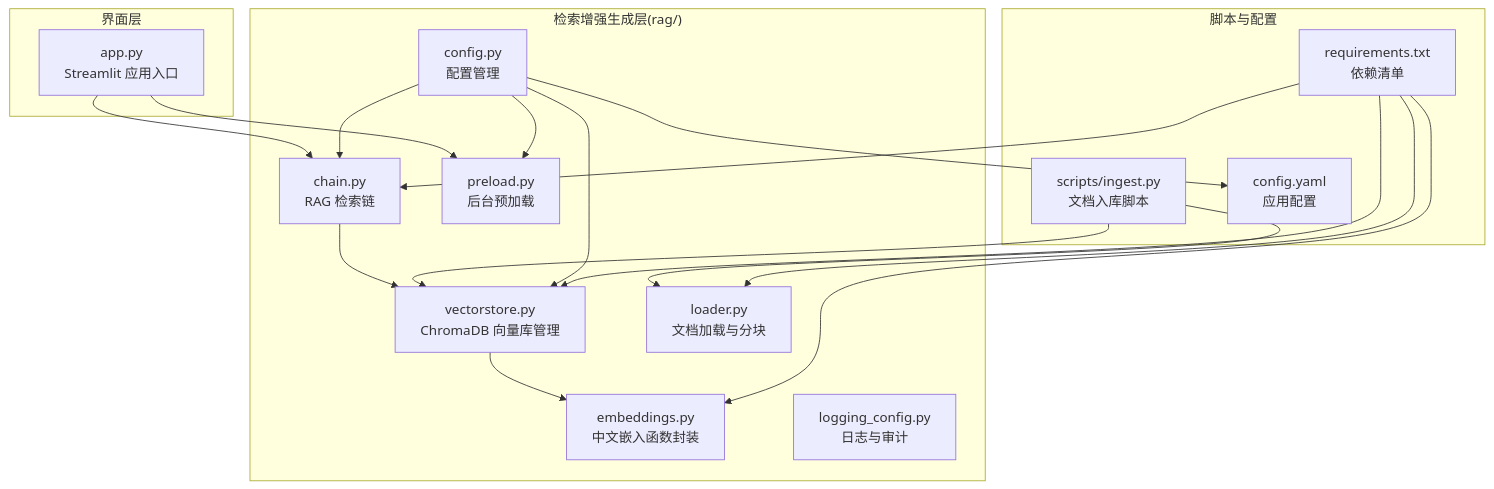
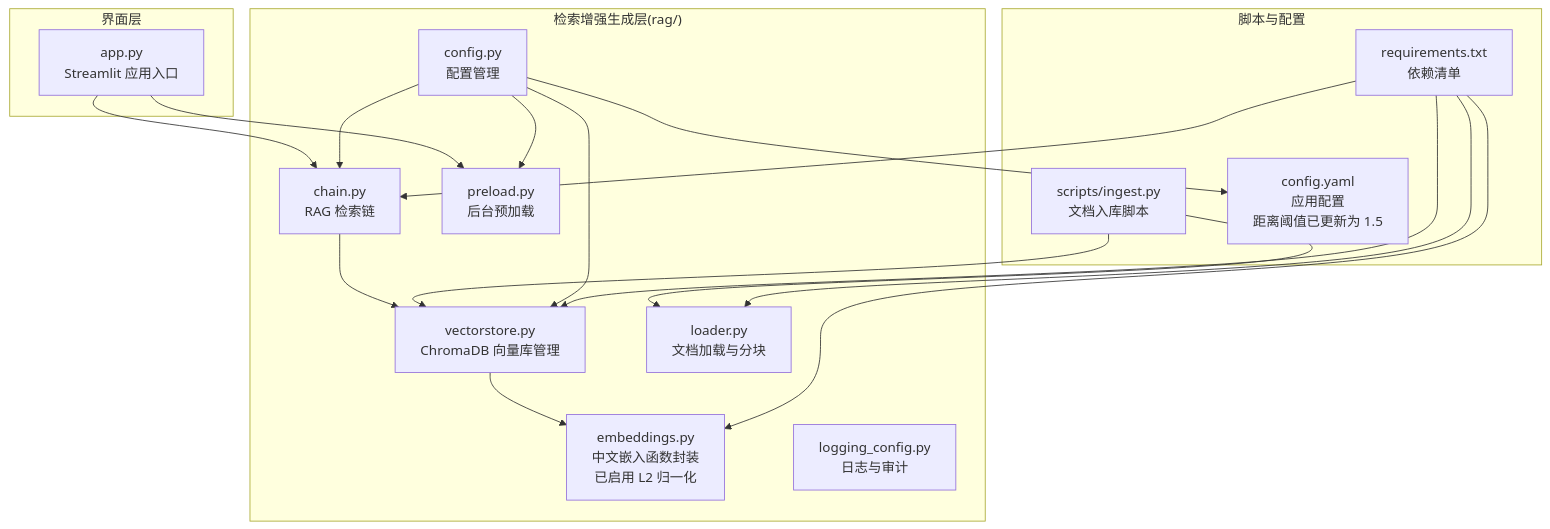
One commit to joyafa/knowledge changed the first of 8 diagrams in .qoder/repowiki/zh/content/RAG核心引擎/嵌入模型集成.md. Above: the diagram before and after it, drawn with Mermaid. The commit also changed other lines of this file and 20 other files, not shown here.

````diff
--- a/.qoder/repowiki/zh/content/RAG核心引擎/嵌入模型集成.md
+++ b/.qoder/repowiki/zh/content/RAG核心引擎/嵌入模型集成.md
@@ -37,34 +46,34 @@
 ```mermaid
 graph TB
 subgraph "界面层"
 UI_App["app.py<br/>Streamlit 应用入口"]
 end
 subgraph "检索增强生成层(rag/)"
-EMB["embeddings.py<br/>中文嵌入函数封装"]
+EMB["embeddings.py<br/>中文嵌入函数封装<br/>已启用 L2 归一化"]
 VS["vectorstore.py<br/>ChromaDB 向量库管理"]
 CHAIN["chain.py<br/>RAG 检索链"]
 LOADER["loader.py<br/>文档加载与分块"]
 PRELOAD["preload.py<br/>后台预加载"]
 LOG["logging_config.py<br/>日志与审计"]
 CFG["config.py<br/>配置管理"]
 end
 subgraph "脚本与配置"
 INGEST["scripts/ingest.py<br/>文档入库脚本"]
-YAML["config.yaml<br/>应用配置"]
+YAML["config.yaml<br/>应用配置<br/>距离阈值已更新为 1.5"]
 REQ["requirements.txt<br/>依赖清单"]
 end
 UI_App --> PRELOAD
 UI_App --> CHAIN
 CHAIN --> VS
 VS --> EMB
 INGEST --> LOADER
 INGEST --> VS
 CFG --> CHAIN
 CFG --> VS
 CFG --> PRELOAD
 CFG --> YAML
 REQ --> EMB
 REQ --> VS
 REQ --> CHAIN
 REQ --> LOADER
 ```
````
